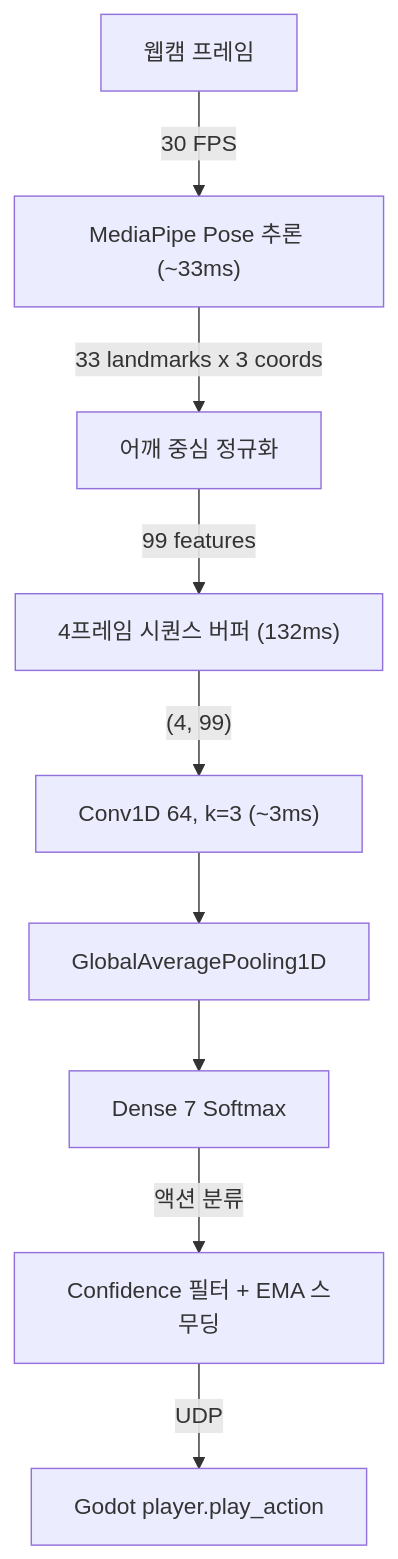
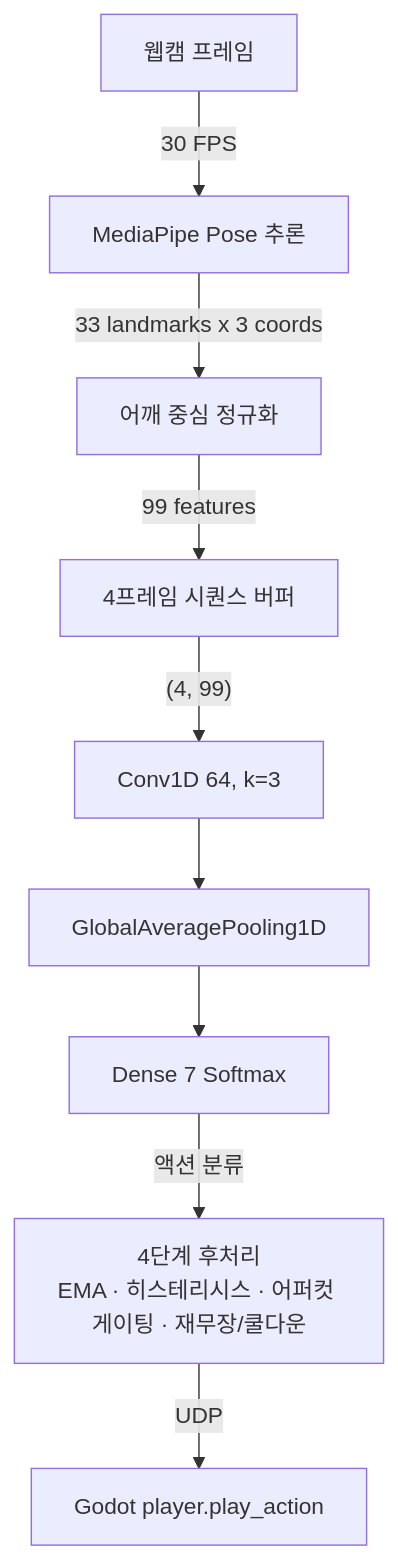
Before and after one commit to wlgptjd333/body-hero: the second of 2 diagrams in README.md, drawn with Mermaid. The commit also changed other lines of this file and 7 other files, not shown here.

````diff
--- a/README.md
+++ b/README.md
@@ -70,11 +99,11 @@
 ```mermaid
 graph TD
-    A["웹캠 프레임"] -->|"30 FPS"| B["MediaPipe Pose 추론 (~33ms)"]
+    A["웹캠 프레임"] -->|"30 FPS"| B["MediaPipe Pose 추론"]
     B -->|"33 landmarks x 3 coords"| C["어깨 중심 정규화"]
-    C -->|"99 features"| D["4프레임 시퀀스 버퍼 (132ms)"]
-    D -->|"(4, 99)"| E["Conv1D 64, k=3 (~3ms)"]
+    C -->|"99 features"| D["4프레임 시퀀스 버퍼"]
+    D -->|"(4, 99)"| E["Conv1D 64, k=3"]
     E --> F["GlobalAveragePooling1D"]
     F --> G["Dense 7 Softmax"]
-    G -->|"액션 분류"| H["Confidence 필터 + EMA 스무딩"]
+    G -->|"액션 분류"| H["4단계 후처리<br/>EMA · 히스테리시스 · 어퍼컷 게이팅 · 재무장/쿨다운"]
     H -->|"UDP"| I["Godot player.play_action"]
 ```
````
